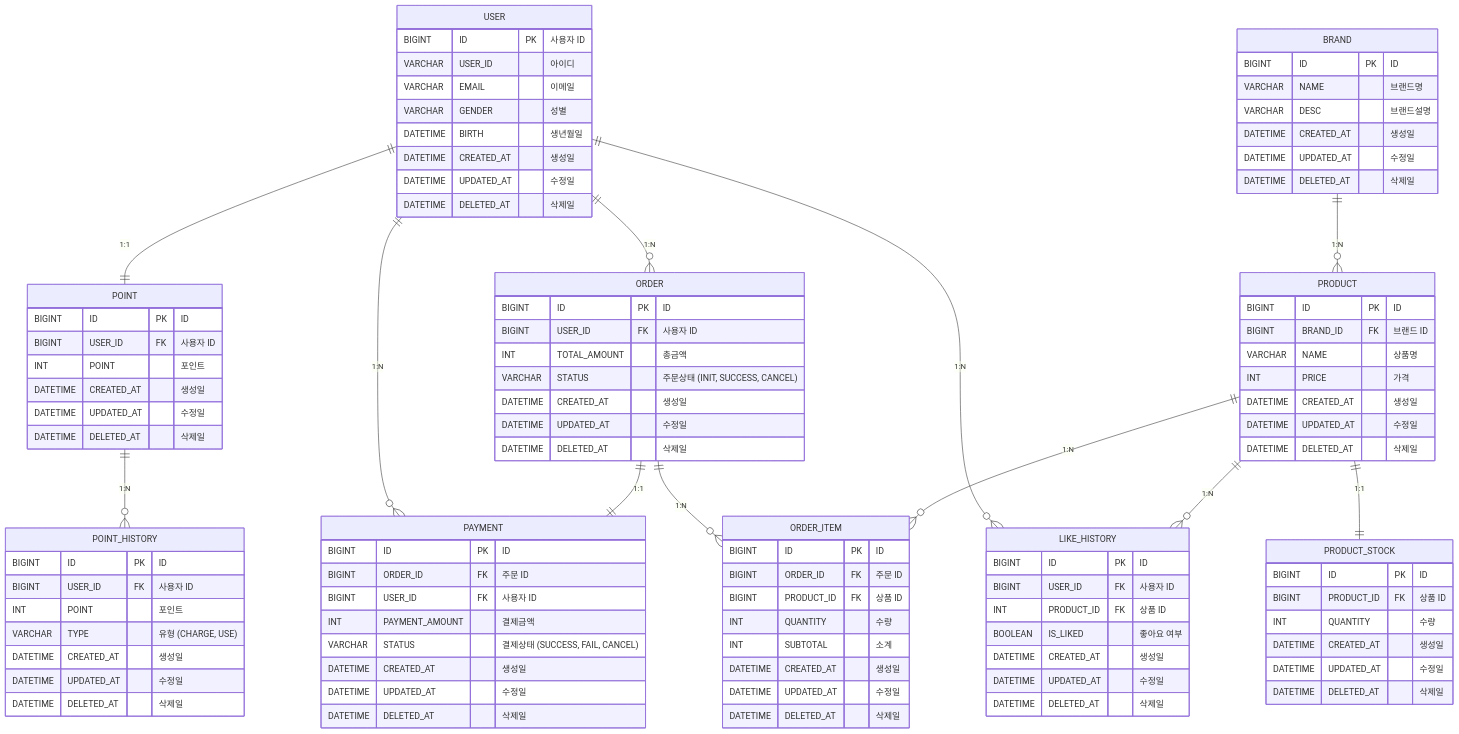
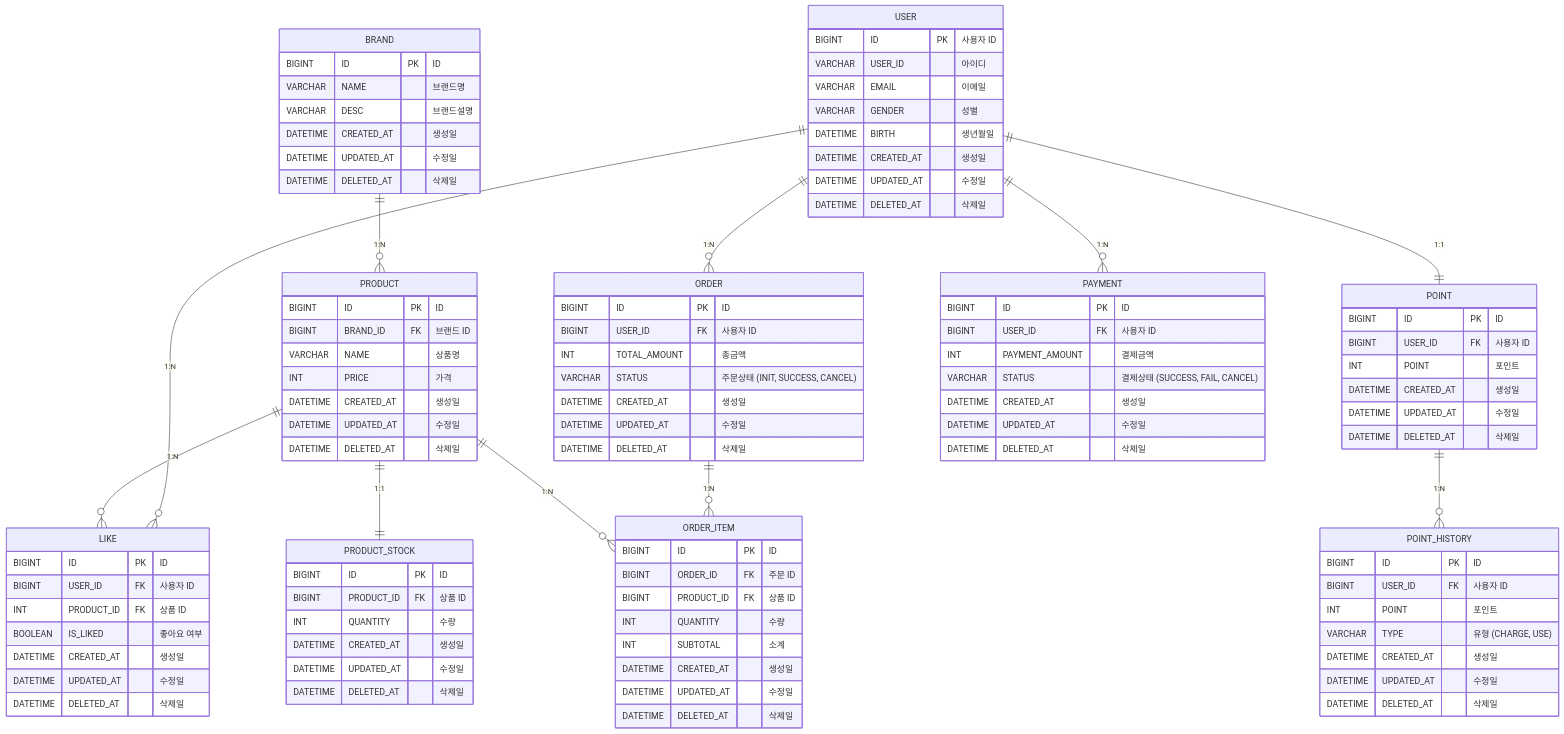
Before and after one commit to hyunn12/e-commerce-project: the diagram in docs/design/04-erd.md, drawn with Mermaid. The commit also changed other lines of this file and 1 other file, not shown here.

Commit message:
docs: LikeHistory -> Like 변경

````diff
--- a/docs/design/04-erd.md
+++ b/docs/design/04-erd.md
@@ -45,7 +45,7 @@
         DATETIME DELETED_AT "삭제일"  
     }
 
-    LIKE_HISTORY {  
+    LIKE {  
         BIGINT ID PK "ID"
         BIGINT USER_ID FK "사용자 ID"  
         INT PRODUCT_ID FK "상품 ID"
@@ -106,7 +106,6 @@
         
     PAYMENT {  
         BIGINT ID PK "ID"
-        BIGINT ORDER_ID FK "주문 ID"
         BIGINT USER_ID FK "사용자 ID"  
         INT PAYMENT_AMOUNT "결제금액"  
         VARCHAR STATUS "결제상태 (SUCCESS, FAIL, CANCEL)"  
@@ -120,11 +119,10 @@
     USER ||--o{ ORDER : "1:N"
     PRODUCT ||--o{ ORDER_ITEM : "1:N"
     ORDER ||--o{ ORDER_ITEM : "1:N"
-    ORDER ||--|| PAYMENT : "1:1"
-    PRODUCT ||--o{ LIKE_HISTORY : "1:N"
+    PRODUCT ||--o{ LIKE : "1:N"
     POINT ||--o{ POINT_HISTORY : "1:N"
     USER ||--|| POINT : "1:1"
-    USER ||--o{ LIKE_HISTORY : "1:N"
+    USER ||--o{ LIKE : "1:N"
     USER ||--o{ PAYMENT : "1:N"
   
 ```
````
